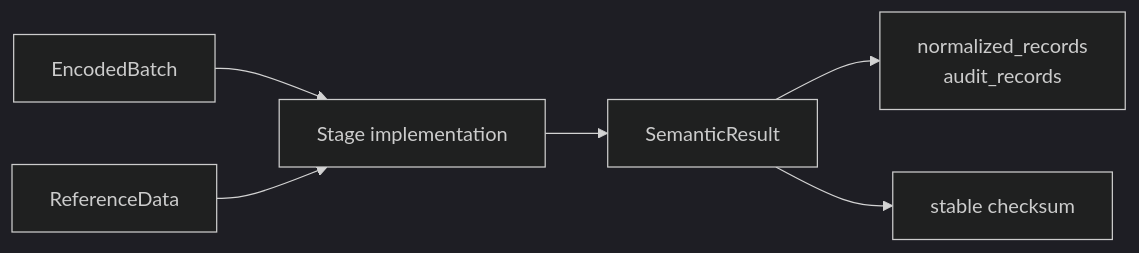
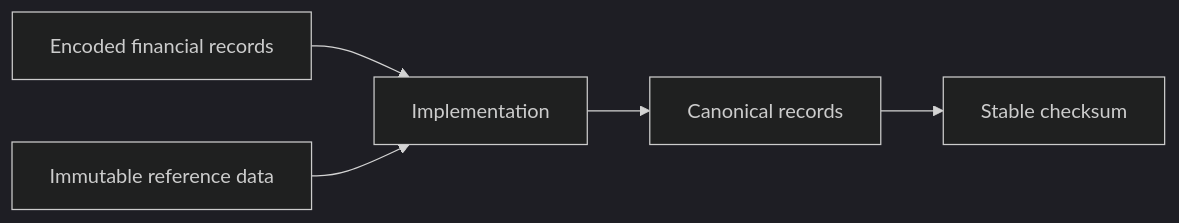
The second of 4 diagrams in docs/software-architecture.md (sergiorf/throughput-cpp-lab), drawn with Mermaid (dark theme) before and after one commit. The commit also changed other lines of this file and 69 other files, not shown here.

````diff
--- a/docs/software-architecture.md
+++ b/docs/software-architecture.md
@@ -68,10 +30,13 @@
 ```mermaid
 flowchart LR
-    input[EncodedBatch]
-    ref[ReferenceData]
-    input --> stage[Stage implementation]
-    ref --> stage
-    stage --> result[SemanticResult]
-    result --> counts[normalized_records<br/>audit_records]
-    result --> checksum[stable checksum]
+    input[Encoded financial records]
+    ref[Immutable reference data]
+    impl[Implementation]
+    output[Canonical records]
+    checksum[Stable checksum]
+
+    input --> impl
+    ref --> impl
+    impl --> output
+    output --> checksum
 ```
````
